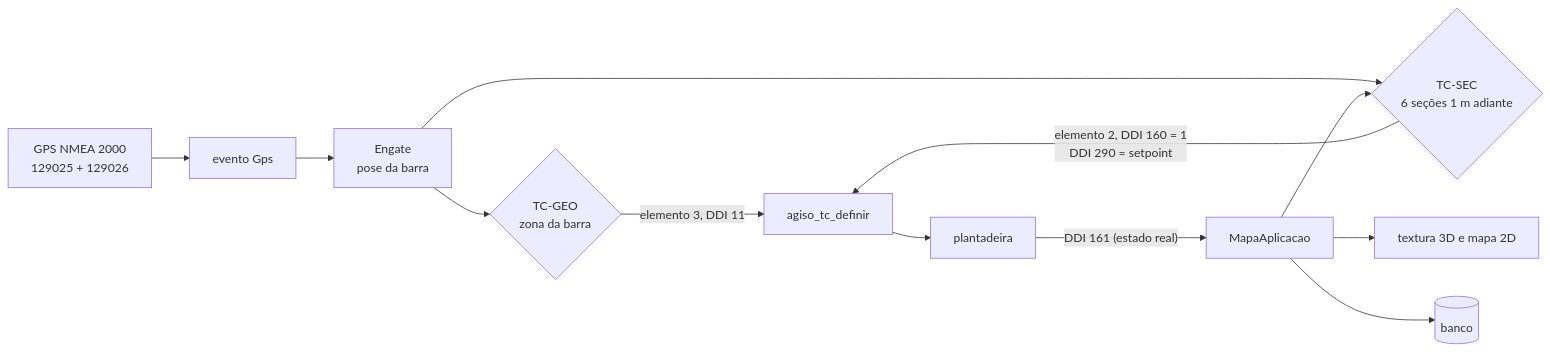
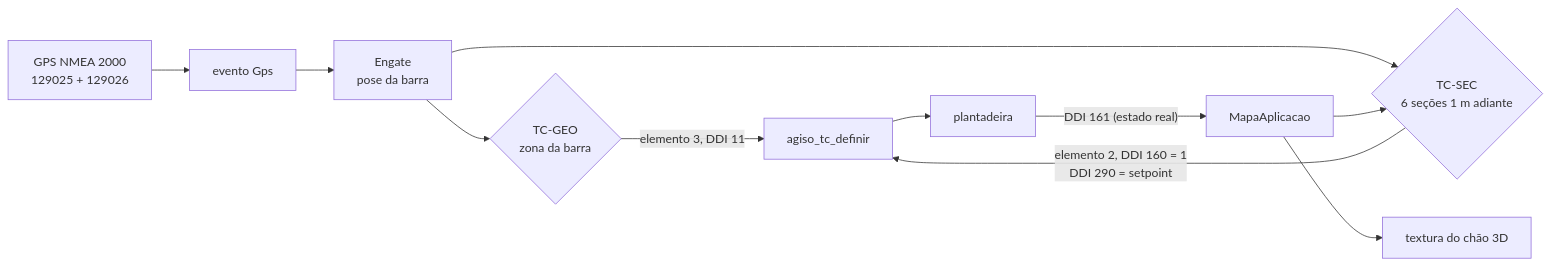
One commit to jmfdev6/devfest-isobus-flutter changed the third of 3 diagrams in docs/arquitetura.md. Above: the diagram before and after it, drawn with Mermaid. The commit also changed other lines of this file and 27 other files, not shown here.

````diff
--- a/docs/arquitetura.md
+++ b/docs/arquitetura.md
@@ -83,14 +80,13 @@
 ```mermaid
 flowchart LR
     GPS[GPS NMEA 2000<br/>129025 + 129026] --> EV[evento Gps]
     EV --> ENG[Engate<br/>pose da barra]
     ENG --> GEO{TC-GEO<br/>zona da barra}
     ENG --> SEC{TC-SEC<br/>6 seções 1 m adiante}
     GEO -- "elemento 3, DDI 11" --> TC[agiso_tc_definir]
     SEC -- "elemento 2, DDI 160 = 1<br/>DDI 290 = setpoint" --> TC
     TC --> PL[plantadeira]
     PL -- "DDI 161 (estado real)" --> MAPA[MapaAplicacao]
     MAPA --> SEC
-    MAPA --> TEX[textura 3D e mapa 2D]
-    MAPA --> DB[(banco)]
+    MAPA --> TEX[textura do chão 3D]
 ```
````
